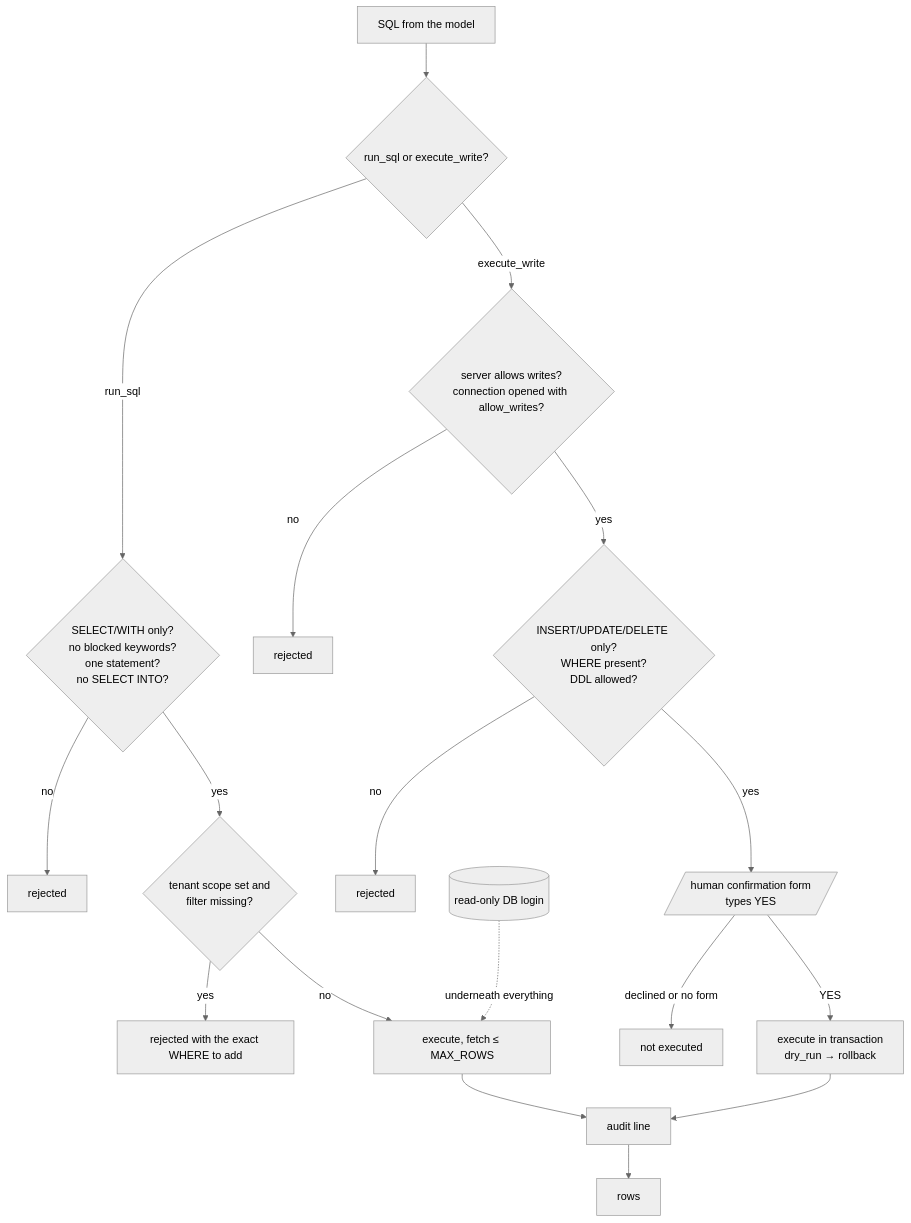
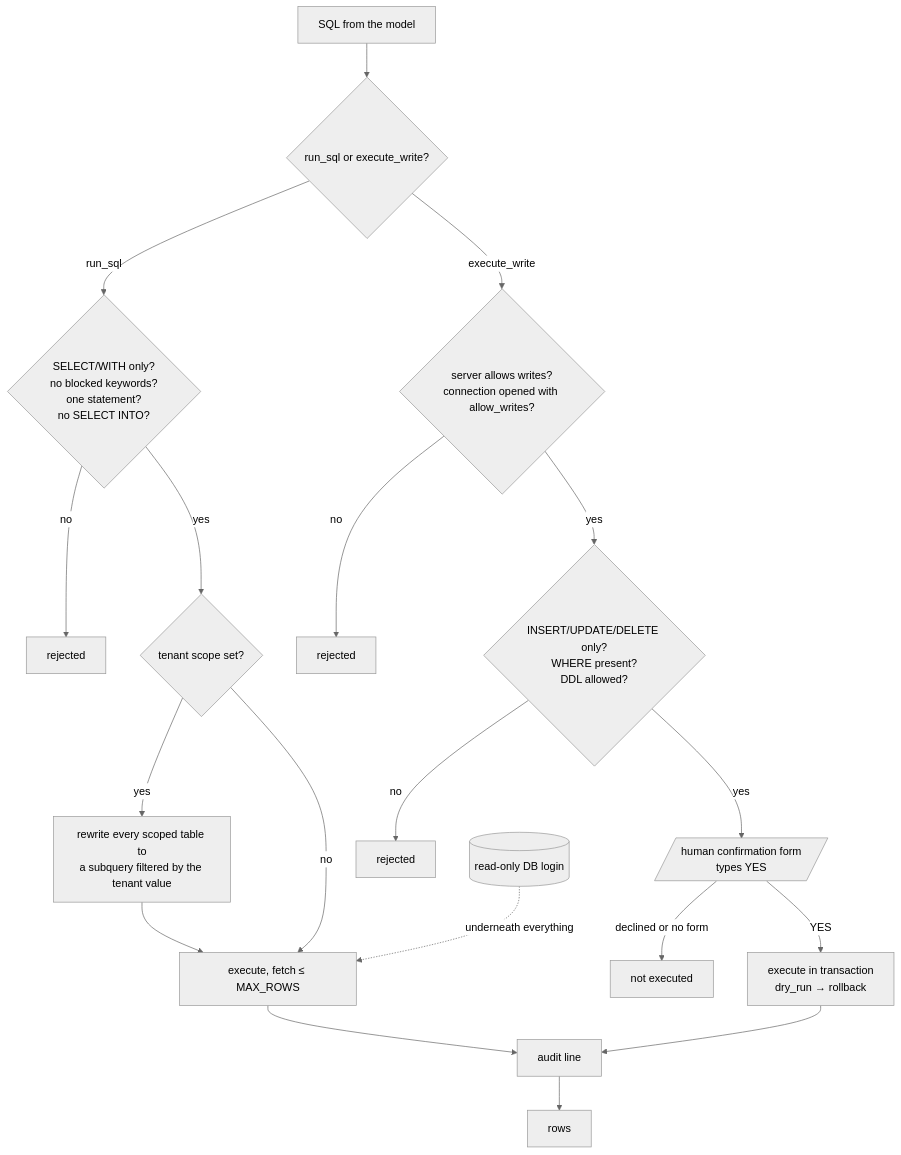
The diagram in docs/SECURITY.md (Machi2130/QueryAtlas), drawn with Mermaid (neutral theme) before and after one commit. The commit also changed other lines of this file and 47 other files, not shown here.

````diff
--- a/docs/SECURITY.md
+++ b/docs/SECURITY.md
@@ -6,17 +6,17 @@
 ```mermaid
 flowchart TD
     Q[SQL from the model] --> R{run_sql or execute_write?}
     R -->|run_sql| V1{SELECT/WITH only?<br/>no blocked keywords?<br/>one statement?<br/>no SELECT INTO?}
     V1 -->|no| X1[rejected]
-    V1 -->|yes| V2{tenant scope set and<br/>filter missing?}
-    V2 -->|yes| X2[rejected with the exact WHERE to add]
+    V1 -->|yes| V2{tenant scope set?}
+    V2 -->|yes| X2[rewrite every scoped table to<br/>a subquery filtered by the tenant value] --> E1
     V2 -->|no| E1[execute, fetch ≤ MAX_ROWS] --> A[audit line] --> OK1[rows]
     R -->|execute_write| W1{server allows writes?<br/>connection opened with allow_writes?}
     W1 -->|no| X3[rejected]
     W1 -->|yes| W2{INSERT/UPDATE/DELETE only?<br/>WHERE present?<br/>DDL allowed?}
     W2 -->|no| X4[rejected]
     W2 -->|yes| H[/human confirmation form<br/>types YES/]
     H -->|declined or no form| X5[not executed]
     H -->|YES| E2[execute in transaction<br/>dry_run → rollback] --> A
     DB[(read-only DB login)] -.underneath everything.-> E1
 ```
````
